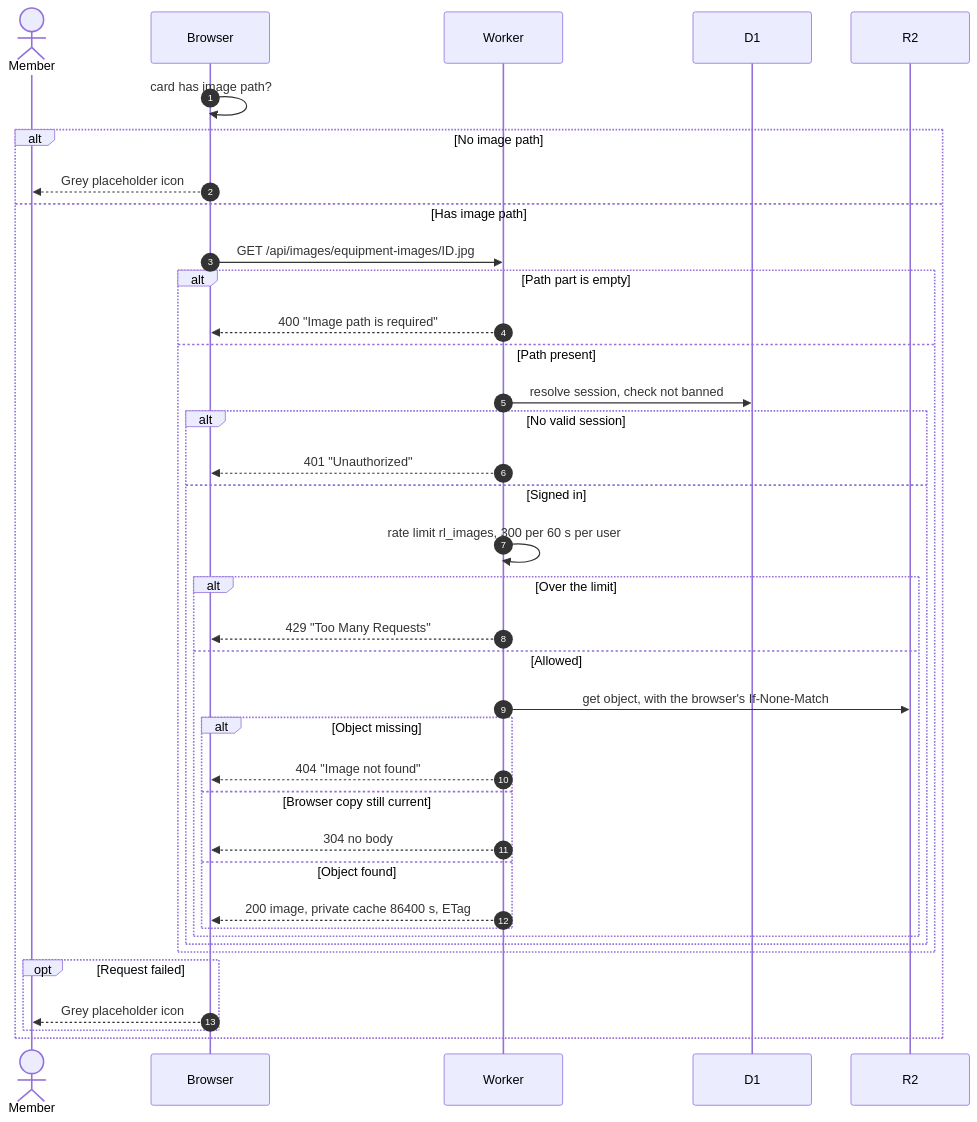
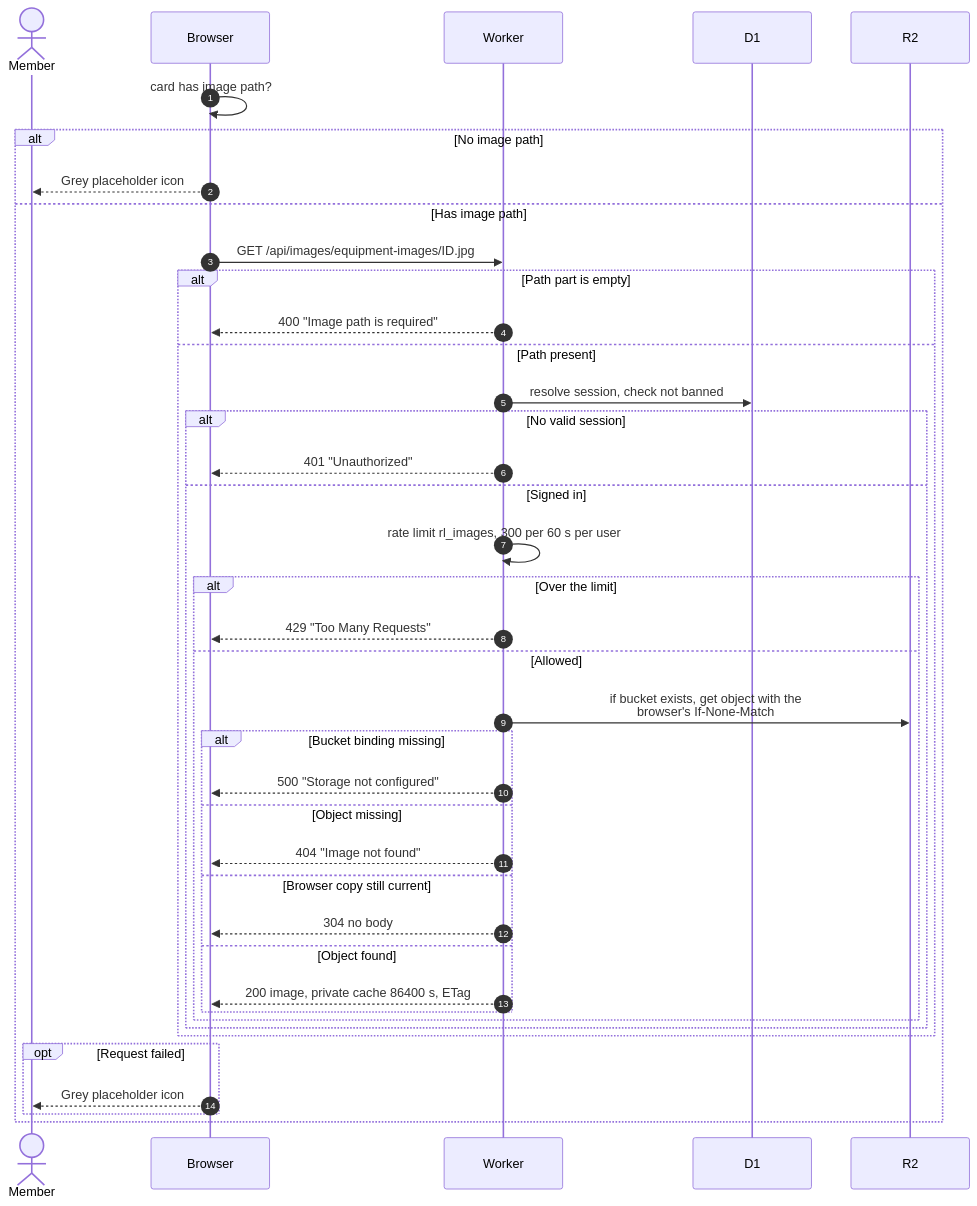
One commit to sagyzdop/meriksirat changed the diagram in docs/scenarios/equipment/equipment-images.md. Above: the diagram before and after it, drawn with Mermaid. The commit also changed other lines of this file and 10 other files, not shown here.

Commit message:
docs(scenarios): verify equipment diagrams against the code

````diff
--- a/docs/scenarios/equipment/equipment-images.md
+++ b/docs/scenarios/equipment/equipment-images.md
@@ -28,40 +30,42 @@
 ```mermaid
 sequenceDiagram
     autonumber
     actor U as Member
     participant B as Browser
     participant W as Worker
     participant D as D1
     participant R as R2
     B->>B: card has image path?
     alt No image path
         B-->>U: Grey placeholder icon
     else Has image path
         B->>W: GET /api/images/equipment-images/ID.jpg
         alt Path part is empty
             W-->>B: 400 "Image path is required"
         else Path present
             W->>D: resolve session, check not banned
             alt No valid session
                 W-->>B: 401 "Unauthorized"
             else Signed in
                 W->>W: rate limit rl_images, 300 per 60 s per user
                 alt Over the limit
                     W-->>B: 429 "Too Many Requests"
                 else Allowed
-                    W->>R: get object, with the browser's If-None-Match
-                    alt Object missing
+                    W->>R: if bucket exists, get object with the<br/>browser's If-None-Match
+                    alt Bucket binding missing
+                        W-->>B: 500 "Storage not configured"
+                    else Object missing
                         W-->>B: 404 "Image not found"
                     else Browser copy still current
                         W-->>B: 304 no body
                     else Object found
                         W-->>B: 200 image, private cache 86400 s, ETag
                     end
                 end
             end
         end
         opt Request failed
             B-->>U: Grey placeholder icon
         end
     end
 ```
````
